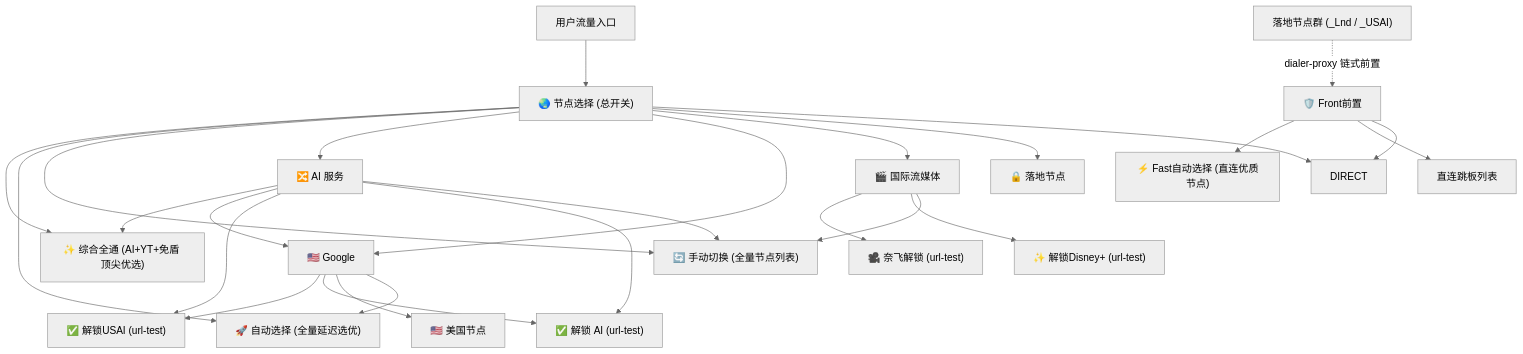
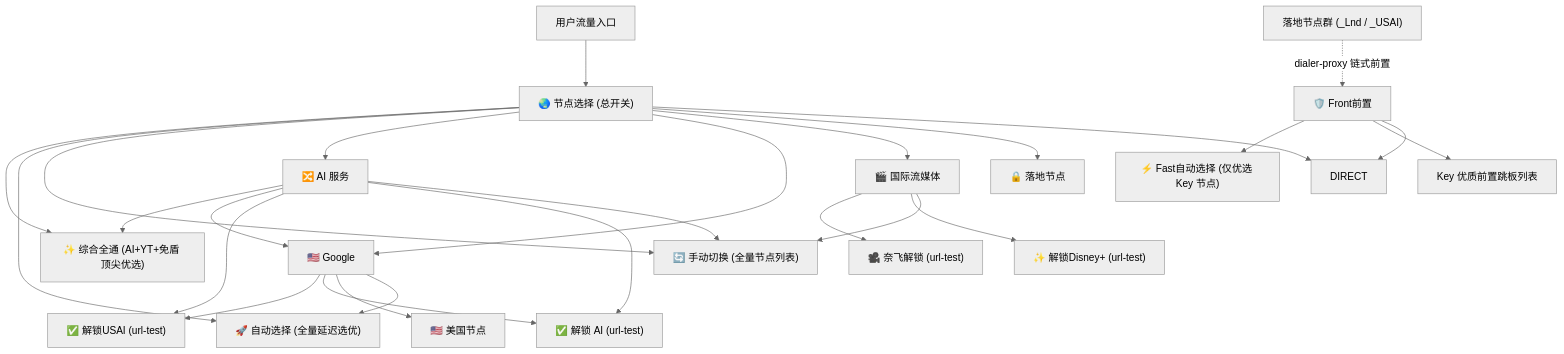
The diagram in proxy-service-probe/references/config-rendering.md (OUBIGFA/skills), drawn with Mermaid (neutral theme) before and after one commit. The commit also changed other lines of this file and 29 other files, not shown here.

````diff
--- a/proxy-service-probe/references/config-rendering.md
+++ b/proxy-service-probe/references/config-rendering.md
@@ -11,33 +11,33 @@
 ```mermaid
 flowchart TD
     Inbound["用户流量入口"] --> NodeSelect["🌏️ 节点选择 (总开关)"]
     
     NodeSelect --> Sparkle["✨️ 综合全通 (AI+YT+免盾 顶尖优选)"]
     NodeSelect --> AutoSelect["🚀 自动选择 (全量延迟选优)"]
     NodeSelect --> ManualSelect["🔄 手动切换 (全量节点列表)"]
     NodeSelect --> AIService["🔀 AI 服务"]
     NodeSelect --> Google["🇺🇸 Google"]
     NodeSelect --> Streaming["🎬 国际流媒体"]
     NodeSelect --> LandingGroup["🔒️ 落地节点"]
     NodeSelect --> Direct["DIRECT"]
 
     AIService --> Sparkle
     AIService --> Google
     AIService --> USAI["✅ 解锁USAI (url-test)"]
     AIService --> AIUnlock["✅ 解锁 AI (url-test)"]
     AIService --> ManualSelect
 
     Google --> USAI
     Google --> AIUnlock
     Google --> USNodes["🇺🇸 美国节点"]
     Google --> AutoSelect
 
     Streaming --> NFUnlock["🎥 奈飞解锁 (url-test)"]
     Streaming --> DPUnlock["✨ 解锁Disney+ (url-test)"]
     Streaming --> ManualSelect
 
     LandingNodes["落地节点群 (_Lnd / _USAI)"] -.->|dialer-proxy 链式前置| FrontGroup["🛡️ Front前置"]
-    FrontGroup --> FastSelect["⚡ Fast自动选择 (直连优质节点)"]
-    FrontGroup --> DirectNodes["直连跳板列表"]
+    FrontGroup --> FastSelect["⚡ Fast自动选择 (仅优选 Key 节点)"]
+    FrontGroup --> KeyNodes["Key 优质前置跳板列表"]
     FrontGroup --> Direct
 ```
````
